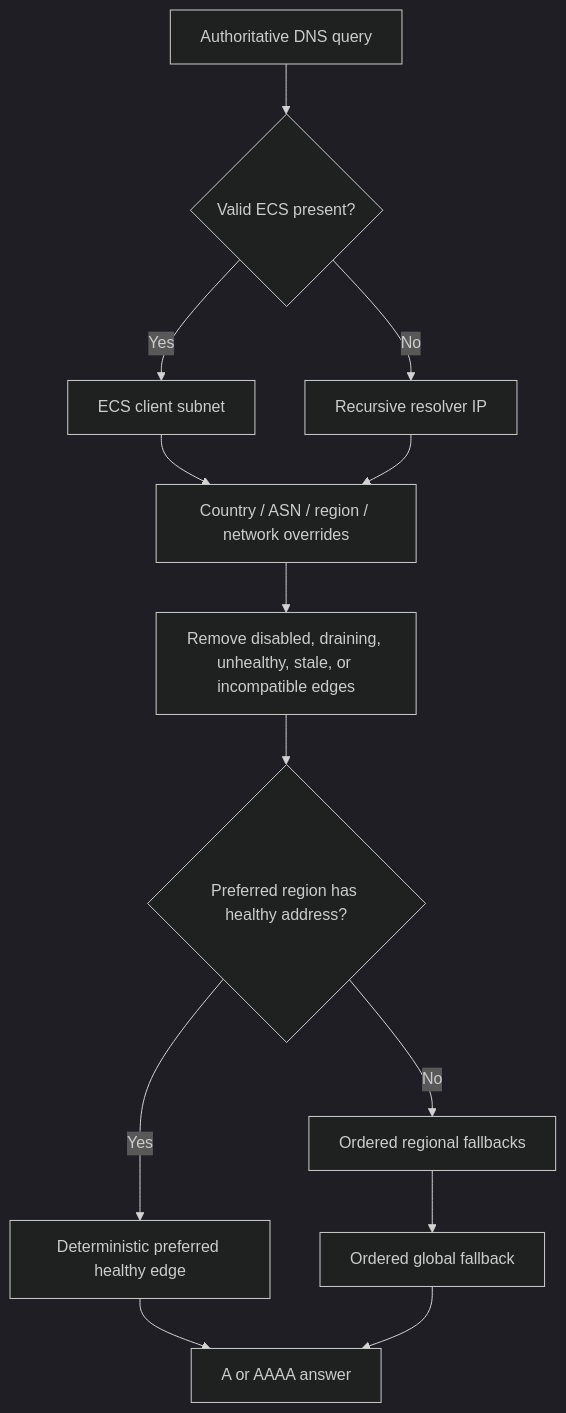
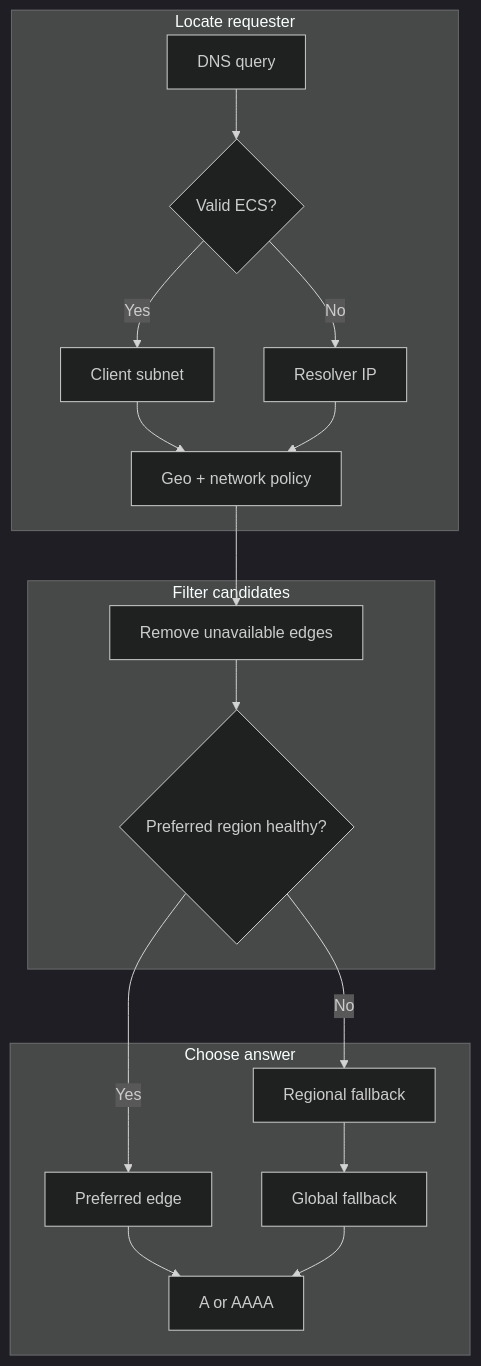
The second of 7 diagrams in docs/deployment/production-fleet.md (vaheed/CDNFoundry), drawn with Mermaid (dark theme) before and after one commit. The commit also changed other lines of this file and 24 other files, not shown here.

````diff
--- a/docs/deployment/production-fleet.md
+++ b/docs/deployment/production-fleet.md
@@ -53,15 +52,17 @@
 ```mermaid
 flowchart TD
-    Q[Authoritative DNS query] --> ECS{Valid ECS present?}
-    ECS -->|Yes| C[ECS client subnet]
-    ECS -->|No| R[Recursive resolver IP]
-    C --> P[Country / ASN / region / network overrides]
-    R --> P
-    P --> H[Remove disabled, draining, unhealthy, stale, or incompatible edges]
-    H --> F{Preferred region has healthy address?}
-    F -->|Yes| S[Deterministic preferred healthy edge]
-    F -->|No| RF[Ordered regional fallbacks]
-    RF --> GF[Ordered global fallback]
-    S --> A[A or AAAA answer]
-    GF --> A
+    subgraph Locate["Locate requester"]
+      Q["DNS query"] --> ECS{"Valid ECS?"}
+      ECS -->|Yes| C["Client subnet"]
+      ECS -->|No| R["Resolver IP"]
+      C --> P["Geo + network policy"]
+      R --> P
+    end
+    subgraph Filter["Filter candidates"]
+      P --> H["Remove unavailable edges"] --> F{"Preferred region healthy?"}
+    end
+    subgraph Answer["Choose answer"]
+      F -->|Yes| S["Preferred edge"] --> A["A or AAAA"]
+      F -->|No| RF["Regional fallback"] --> GF["Global fallback"] --> A
+    end
 ```
````
